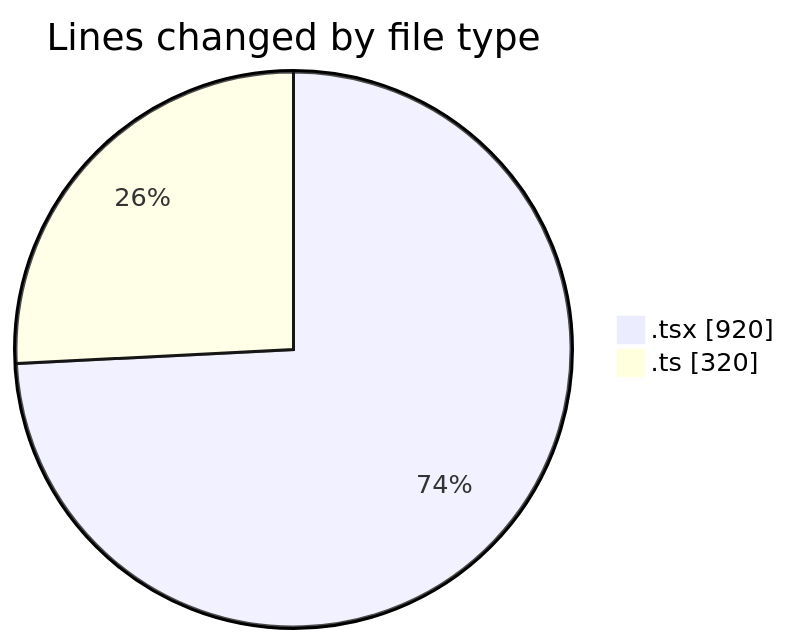
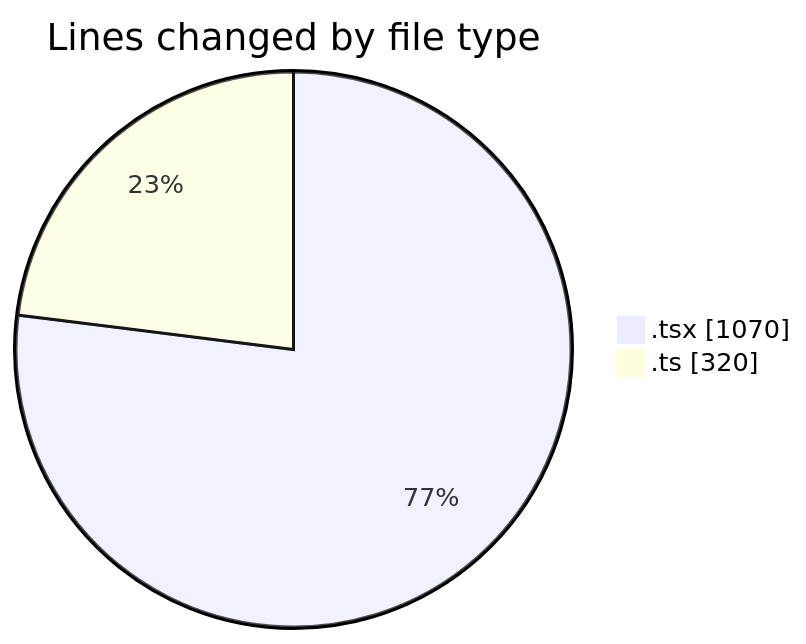
One commit to julien-gomy/code-tracking changed the first of 2 diagrams in 2025-11-22/eventscop-frontend-guide__workspace_/README.md. Above: the diagram before and after it, drawn with Mermaid. The commit also changed other lines of this file and 1 other file, not shown here.

````diff
--- a/2025-11-22/eventscop-frontend-guide__workspace_/README.md
+++ b/2025-11-22/eventscop-frontend-guide__workspace_/README.md
@@ -30,6 +31,6 @@
 ```mermaid
 pie showData
 title Lines changed by file type
-".tsx" : 920
+".tsx" : 1070
 ".ts" : 320
 ```
````
